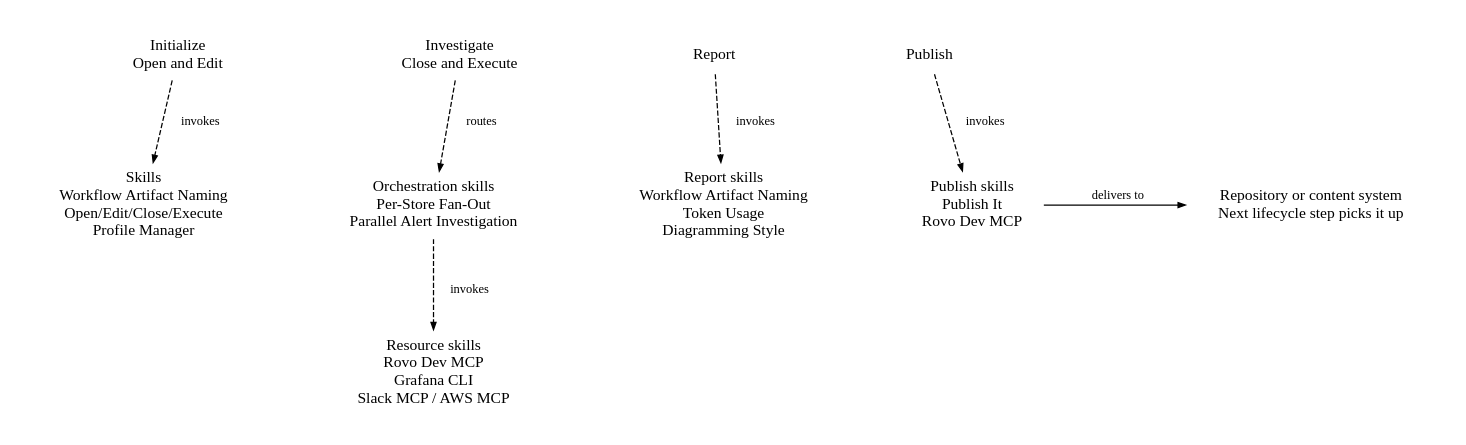
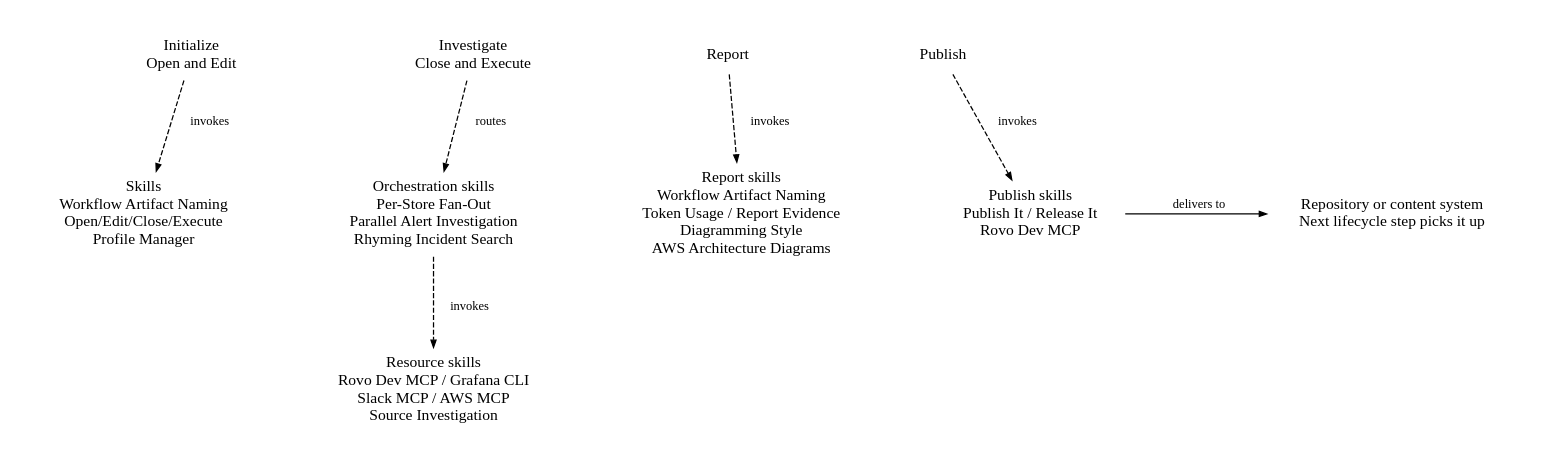
The diagram in diagrams/DIAGRAM-investigation-skill-routing.dot (orenlion1/investigation-skills), drawn with Graphviz before and after one commit. The commit also changed 8 other files, not shown here.

First line of the commit message:
Refresh the diagrams for catalog consistency and enable the coverage gate (#40)

```diff
--- a/diagrams/DIAGRAM-investigation-skill-routing.dot
+++ b/diagrams/DIAGRAM-investigation-skill-routing.dot
@@ -1,30 +1,35 @@
 // Independent skill routes; peer placement is not an execution-order edge.
+// Coverage manifest, checked by scripts/check-docs-drift.py against the root routing table:
+// workflow-artifact-naming, open-edit-close-execute, profile-manager, token-usage,
+// diagramming-style, report-evidence, source-investigation, publish-it, rovo-dev-mcp,
+// aws-mcp, aws-architecture-diagrams, gcx-cli, slack-mcp, rhyming-incident-search,
+// per-store-fan-out, parallel-alert-investigation, release-it.
 // Activity labels carry the Open/Edit/Close/Execute mode they run in, matching
 // the lifecycle view. Dashed edges invoke or route; the solid edge delivers.
 digraph InvestigationSkillRouting {
   graph [rankdir=TB, margin=0, pad=0.3, nodesep=0.85, ranksep=0.9,
          fontname="Trebuchet MS", fontsize=15, splines=polyline];
   node [shape=plaintext, fontname="Trebuchet MS", fontsize=15, margin="0.25,0.10"];
   edge [fontname="Trebuchet MS", fontsize=12, arrowsize=0.7, penwidth=1.2];
 
   initialize [label="Initialize\nOpen and Edit"];
   investigate [label="Investigate\nClose and Execute"];
   report [label="Report"];
   publish [label="Publish"];
   setup_skills [label="Skills\nWorkflow Artifact Naming\nOpen/Edit/Close/Execute\nProfile Manager"];
-  orchestration_skills [label="Orchestration skills\nPer-Store Fan-Out\nParallel Alert Investigation"];
-  resource_skills [label="Resource skills\nRovo Dev MCP\nGrafana CLI\nSlack MCP / AWS MCP"];
-  report_skills [label="Report skills\nWorkflow Artifact Naming\nToken Usage\nDiagramming Style"];
-  publish_skills [label="Publish skills\nPublish It\nRovo Dev MCP"];
+  orchestration_skills [label="Orchestration skills\nPer-Store Fan-Out\nParallel Alert Investigation\nRhyming Incident Search"];
+  resource_skills [label="Resource skills\nRovo Dev MCP / Grafana CLI\nSlack MCP / AWS MCP\nSource Investigation"];
+  report_skills [label="Report skills\nWorkflow Artifact Naming\nToken Usage / Report Evidence\nDiagramming Style\nAWS Architecture Diagrams"];
+  publish_skills [label="Publish skills\nPublish It / Release It\nRovo Dev MCP"];
   destination [label="Repository or content system\nNext lifecycle step picks it up"];
 
   { rank=same; initialize; investigate; report; publish; }
   { rank=same; setup_skills; orchestration_skills; report_skills; publish_skills; destination; }
   initialize -> investigate -> report -> publish [style=invis, weight=100];
   initialize -> setup_skills [label=<<TABLE BORDER="0" CELLBORDER="0" CELLSPACING="0" CELLPADDING="0"><TR><TD WIDTH="16"></TD><TD>invokes</TD></TR></TABLE>>, style=dashed];
   investigate -> orchestration_skills [label=<<TABLE BORDER="0" CELLBORDER="0" CELLSPACING="0" CELLPADDING="0"><TR><TD WIDTH="16"></TD><TD>routes</TD></TR></TABLE>>, style=dashed];
   orchestration_skills -> resource_skills [label=<<TABLE BORDER="0" CELLBORDER="0" CELLSPACING="0" CELLPADDING="0"><TR><TD WIDTH="16"></TD><TD>invokes</TD></TR></TABLE>>, style=dashed];
   report -> report_skills [label=<<TABLE BORDER="0" CELLBORDER="0" CELLSPACING="0" CELLPADDING="0"><TR><TD WIDTH="16"></TD><TD>invokes</TD></TR></TABLE>>, style=dashed];
   publish -> publish_skills [label=<<TABLE BORDER="0" CELLBORDER="0" CELLSPACING="0" CELLPADDING="0"><TR><TD WIDTH="16"></TD><TD>invokes</TD></TR></TABLE>>, style=dashed];
   publish_skills -> destination [label=<<TABLE BORDER="0" CELLBORDER="0" CELLSPACING="0" CELLPADDING="0"><TR><TD WIDTH="16"></TD><TD>delivers to</TD></TR></TABLE>>];
 }
```
